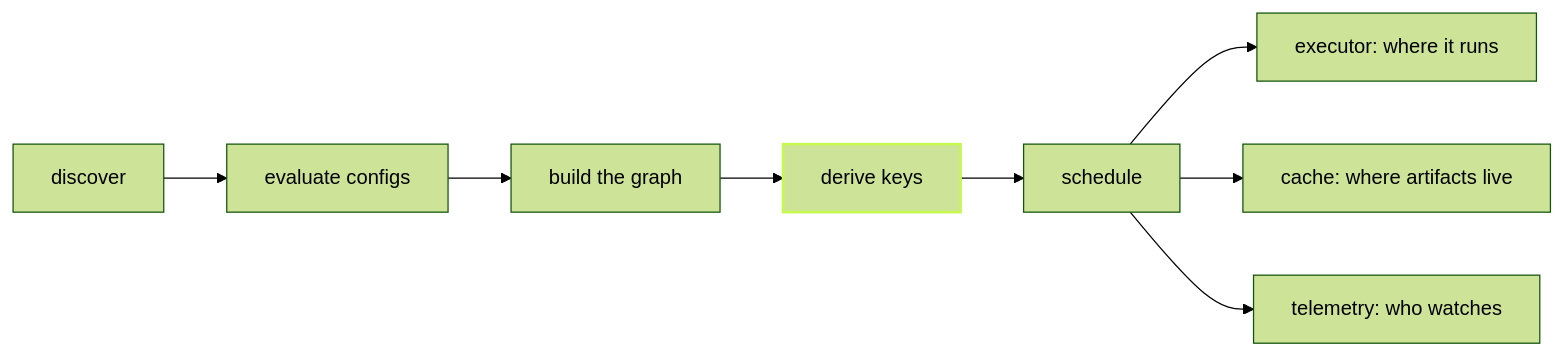
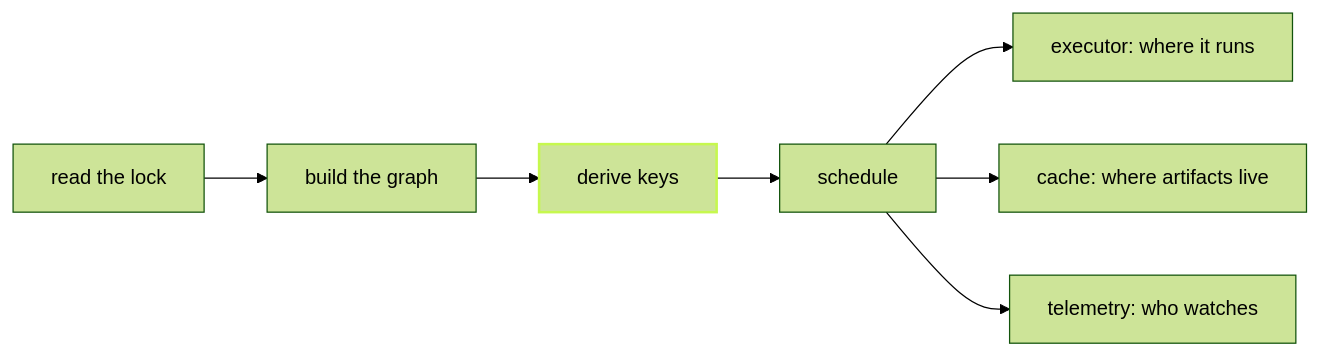
The diagram in private/vx-docs/src/content/docs/blog/what-vx-is.md (vznjs/vx), drawn with Mermaid (forest theme) before and after one commit. The commit also changed other lines of this file and 2 other files, not shown here.

````diff
--- a/private/vx-docs/src/content/docs/blog/what-vx-is.md
+++ b/private/vx-docs/src/content/docs/blog/what-vx-is.md
@@ -21,11 +17,10 @@
 ```mermaid
 flowchart LR
-  D[discover] --> E[evaluate configs]
-  E --> G[build the graph]
+  L[read the lock] --> G[build the graph]
   G --> K[derive keys]
   K --> S[schedule]
   S --> X[executor: where it runs]
   S --> C[cache: where artifacts live]
   S --> T[telemetry: who watches]
   style K stroke:#c6f84e,stroke-width:2px
 ```
````
